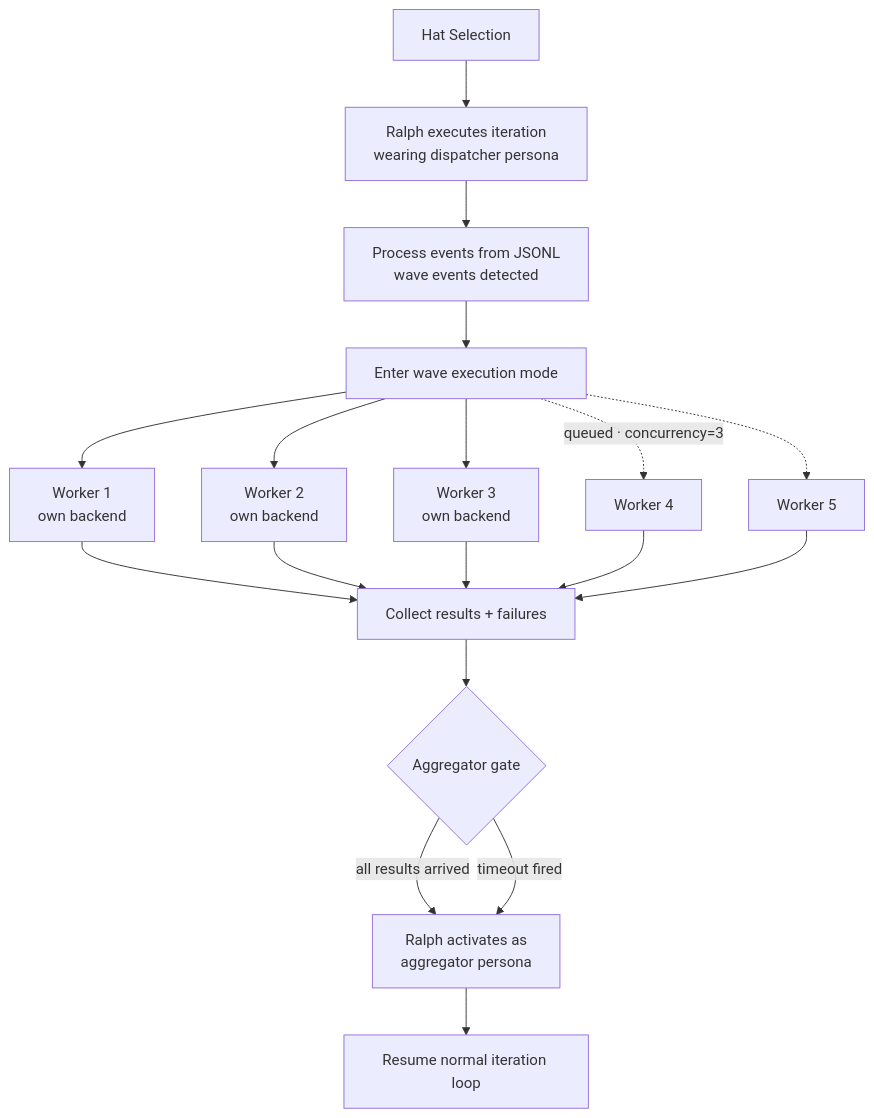
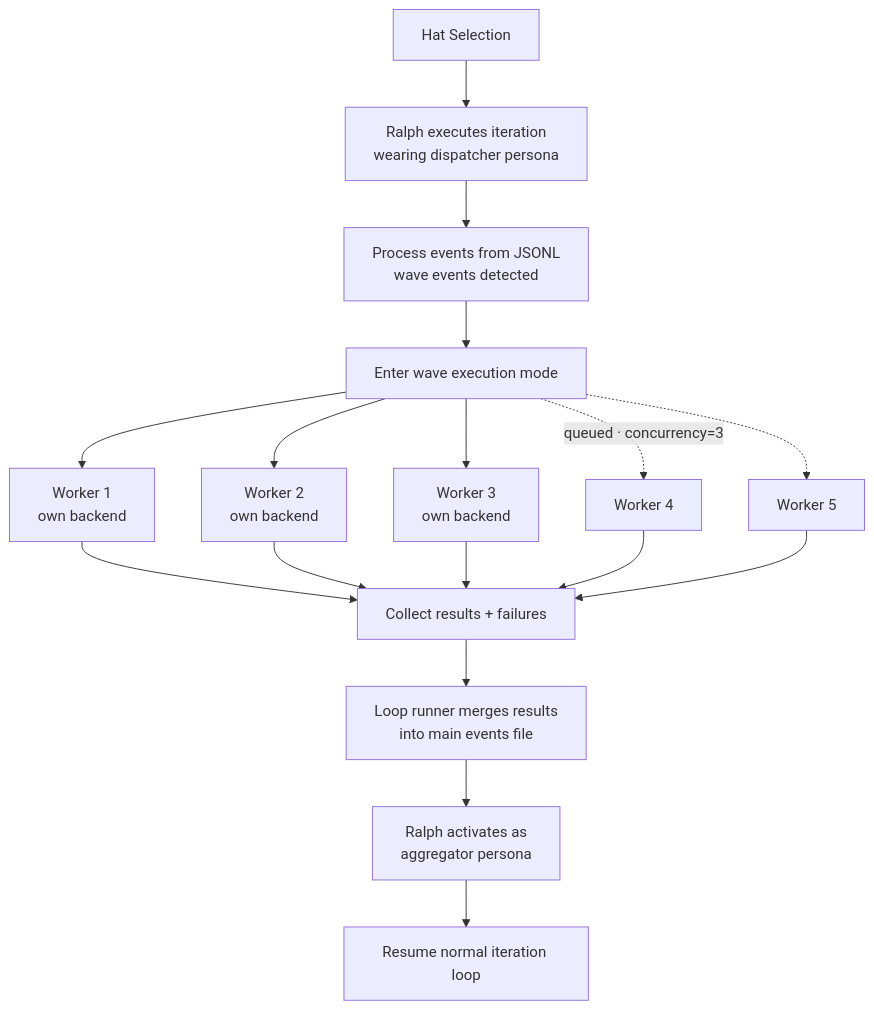
The second of 4 diagrams in specs/agent-waves/design.md (cdriscol/ralph-orchestrator), drawn with Mermaid before and after one commit. The commit also changed other lines of this file, not shown here.

````diff
--- a/specs/agent-waves/design.md
+++ b/specs/agent-waves/design.md
@@ -71,24 +86,23 @@
 ```mermaid
 graph TD
     S2[Hat Selection] --> E2[Ralph executes iteration<br/>wearing dispatcher persona]
     E2 --> P2[Process events from JSONL<br/>wave events detected]
     P2 --> Spawn[Enter wave execution mode]
 
     Spawn --> W1[Worker 1<br/>own backend]
     Spawn --> W2[Worker 2<br/>own backend]
     Spawn --> W3[Worker 3<br/>own backend]
     Spawn -.->|queued · concurrency=3| W4[Worker 4]
     Spawn -.-> W5[Worker 5]
 
     W1 --> Collect[Collect results + failures]
     W2 --> Collect
     W3 --> Collect
     W4 --> Collect
     W5 --> Collect
 
-    Collect --> Gate{Aggregator gate}
-    Gate -->|all results arrived| Agg[Ralph activates as<br/>aggregator persona]
-    Gate -->|timeout fired| Agg
+    Collect --> Merge[Loop runner merges results<br/>into main events file]
+    Merge --> Agg[Ralph activates as<br/>aggregator persona]
 
     Agg --> Next[Resume normal iteration loop]
 ```
````
